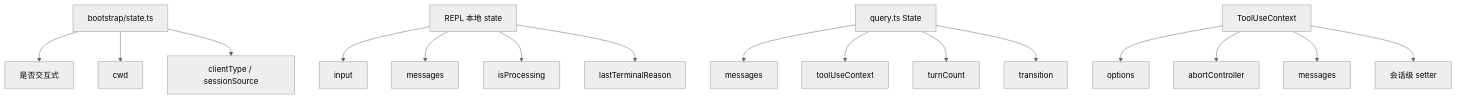
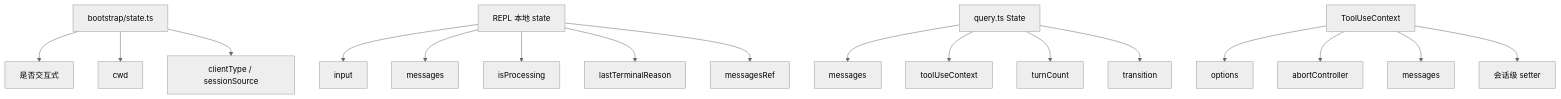
The diagram in notes/reviews/06-session-management-layer.md (friendlyhank/claude-code-annotated), drawn with Mermaid (neutral theme) before and after one commit. The commit also changed other lines of this file and 5 other files, not shown here.

````diff
--- a/notes/reviews/06-session-management-layer.md
+++ b/notes/reviews/06-session-management-layer.md
@@ -24,21 +24,22 @@
 ```mermaid
 flowchart TD
     A[bootstrap/state.ts] --> A1[是否交互式]
     A --> A2[cwd]
     A --> A3[clientType / sessionSource]
 
     B[REPL 本地 state] --> B1[input]
     B --> B2[messages]
     B --> B3[isProcessing]
     B --> B4[lastTerminalReason]
+    B --> B5[messagesRef]
 
     C[query.ts State] --> C1[messages]
     C --> C2[toolUseContext]
     C --> C3[turnCount]
     C --> C4[transition]
 
     D[ToolUseContext] --> D1[options]
     D --> D2[abortController]
     D --> D3[messages]
     D --> D4[会话级 setter]
 ```
````
